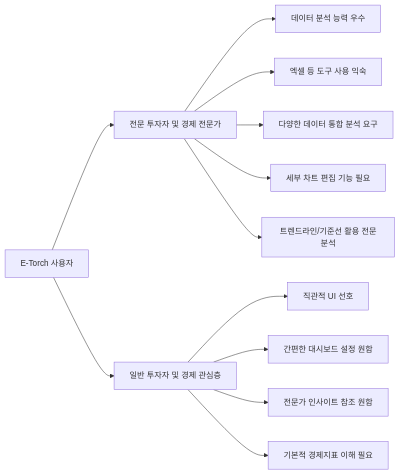
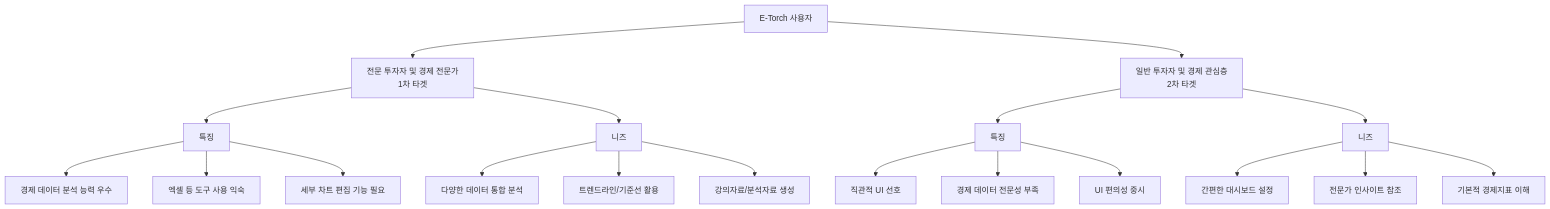
Before and after one commit to Seungwoo321/etorch-docs: the first of 14 diagrams in ui-design/user-flows.md, drawn with Mermaid. The commit also changed other lines of this file, not shown here.

Commit message:
docs: 사용자 흐름 가이드 문서 업데이트

````diff
--- a/ui-design/user-flows.md
+++ b/ui-design/user-flows.md
@@ -45,16 +42,25 @@
 ```mermaid
-graph LR
-    A[E-Torch 사용자] --> B[전문 투자자 및 경제 전문가]
-    A --> C[일반 투자자 및 경제 관심층]
+graph TB
+    A[E-Torch 사용자] --> B[전문 투자자 및 경제 전문가<br/>1차 타겟]
+    A --> C[일반 투자자 및 경제 관심층<br/>2차 타겟]
     
-    B --> B1[데이터 분석 능력 우수]
-    B --> B2[엑셀 등 도구 사용 익숙]
-    B --> B3[다양한 데이터 통합 분석 요구]
-    B --> B4[세부 차트 편집 기능 필요]
-    B --> B5[트렌드라인/기준선 활용 전문분석]
+    B --> B1[특징]
+    B1 --> B11[경제 데이터 분석 능력 우수]
+    B1 --> B12[엑셀 등 도구 사용 익숙]
+    B1 --> B13[세부 차트 편집 기능 필요]
     
-    C --> C1[직관적 UI 선호]
-    C --> C2[간편한 대시보드 설정 원함]
-    C --> C3[전문가 인사이트 참조 원함]
-    C --> C4[기본적 경제지표 이해 필요]
+    B --> B2[니즈]
+    B2 --> B21[다양한 데이터 통합 분석]
+    B2 --> B22[트렌드라인/기준선 활용]
+    B2 --> B23[강의자료/분석자료 생성]
+    
+    C --> C1[특징]
+    C1 --> C11[직관적 UI 선호]
+    C1 --> C12[경제 데이터 전문성 부족]
+    C1 --> C13[UI 편의성 중시]
+    
+    C --> C2[니즈]
+    C2 --> C21[간편한 대시보드 설정]
+    C2 --> C22[전문가 인사이트 참조]
+    C2 --> C23[기본적 경제지표 이해]
 ```
````
